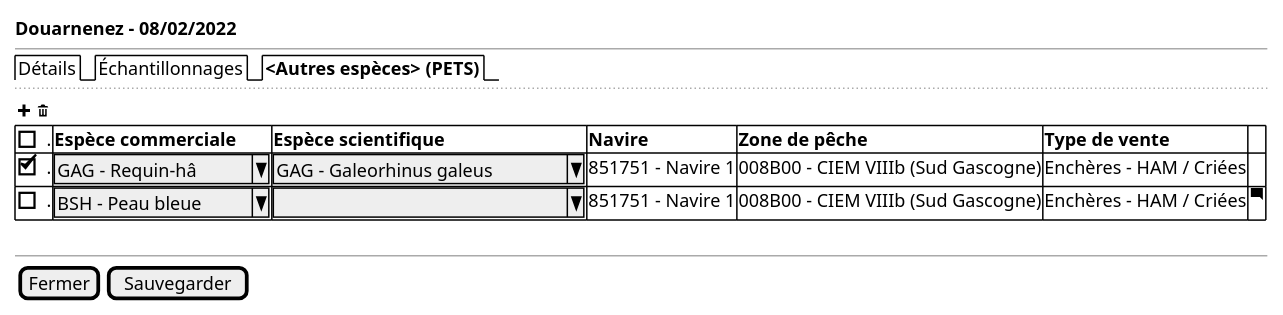
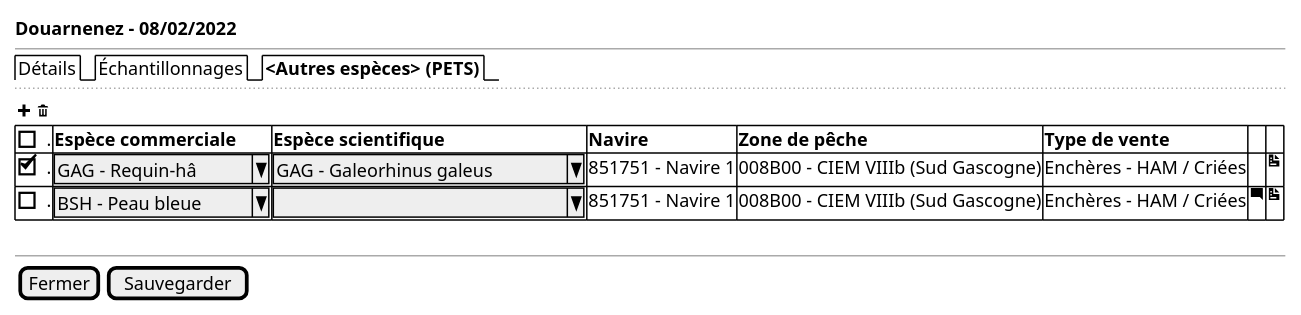
Before and after one commit to sumaris-net/sumaris-doc: the diagram in projects/obsvente/spe/images/landings-others-table.puml, drawn with PlantUML. The commit also changed 6 other files, not shown here.

```diff
--- a/projects/obsvente/spe/images/landings-others-table.puml
+++ b/projects/obsvente/spe/images/landings-others-table.puml
@@ -1,23 +1,23 @@
 @startsalt
 {
   <b>Douarnenez - 08/02/2022
   --
   {/  Détails | Échantillonnages | <b><Autres espèces> (PETS)}
   ..
   { <&plus> <&trash> }
 
 	{#
 
-      [].| <b>Espèce commerciale | <b>Espèce scientifique  | <b>Navire | <b>Zone de pêche| <b>Type de vente | .
-      [X]. | ^GAG - Requin-hâ ^ | ^GAG - Galeorhinus galeus^ | 851751 - Navire 1 | 008B00 - CIEM VIIIb (Sud Gascogne) | Enchères - HAM / Criées | .
-      []. | ^BSH - Peau bleue^ | ^                        ^ | 851751 - Navire 1 | 008B00 - CIEM VIIIb (Sud Gascogne) | Enchères - HAM / Criées | <&comment-square>
+      [].| <b>Espèce commerciale | <b>Espèce scientifique  | <b>Navire | <b>Zone de pêche| <b>Type de vente | . | .
+      [X]. | ^GAG - Requin-hâ ^ | ^GAG - Galeorhinus galeus^ | 851751 - Navire 1 | 008B00 - CIEM VIIIb (Sud Gascogne) | Enchères - HAM / Criées | . | <&document>
+      []. | ^BSH - Peau bleue^ | ^                        ^ | 851751 - Navire 1 | 008B00 - CIEM VIIIb (Sud Gascogne) | Enchères - HAM / Criées | <&comment-square> | <&document>
     }
     .
   --
 
 
   {
     [Fermer] | [Sauvegarder]
   }
 }
 @endsalt
```
